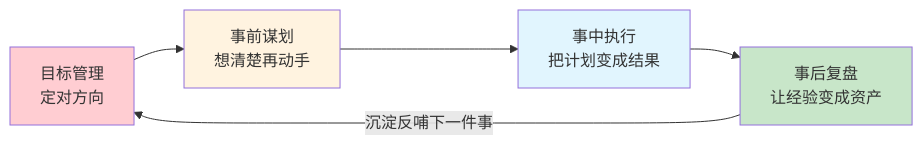
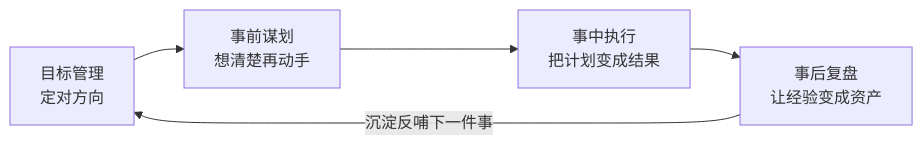
Before and after one commit to chongyang211/YCBookBlog: the diagram in packages/website/13.书籍/05.自我精进·成事/00.开篇.md, drawn with Mermaid. The commit also changed other lines of this file and 62 other files, not shown here.

````diff
--- a/packages/website/13.书籍/05.自我精进·成事/00.开篇.md
+++ b/packages/website/13.书籍/05.自我精进·成事/00.开篇.md
@@ -78,11 +76,7 @@
 ```mermaid
 graph LR
     A[目标管理<br/>定对方向] --> B[事前谋划<br/>想清楚再动手]
     B --> C[事中执行<br/>把计划变成结果]
     C --> D[事后复盘<br/>让经验变成资产]
     D -->|沉淀反哺下一件事| A
-    style A fill:#ffcdd2
-    style B fill:#fff3e0
-    style C fill:#e1f5fe
-    style D fill:#c8e6c9
 ```
````
